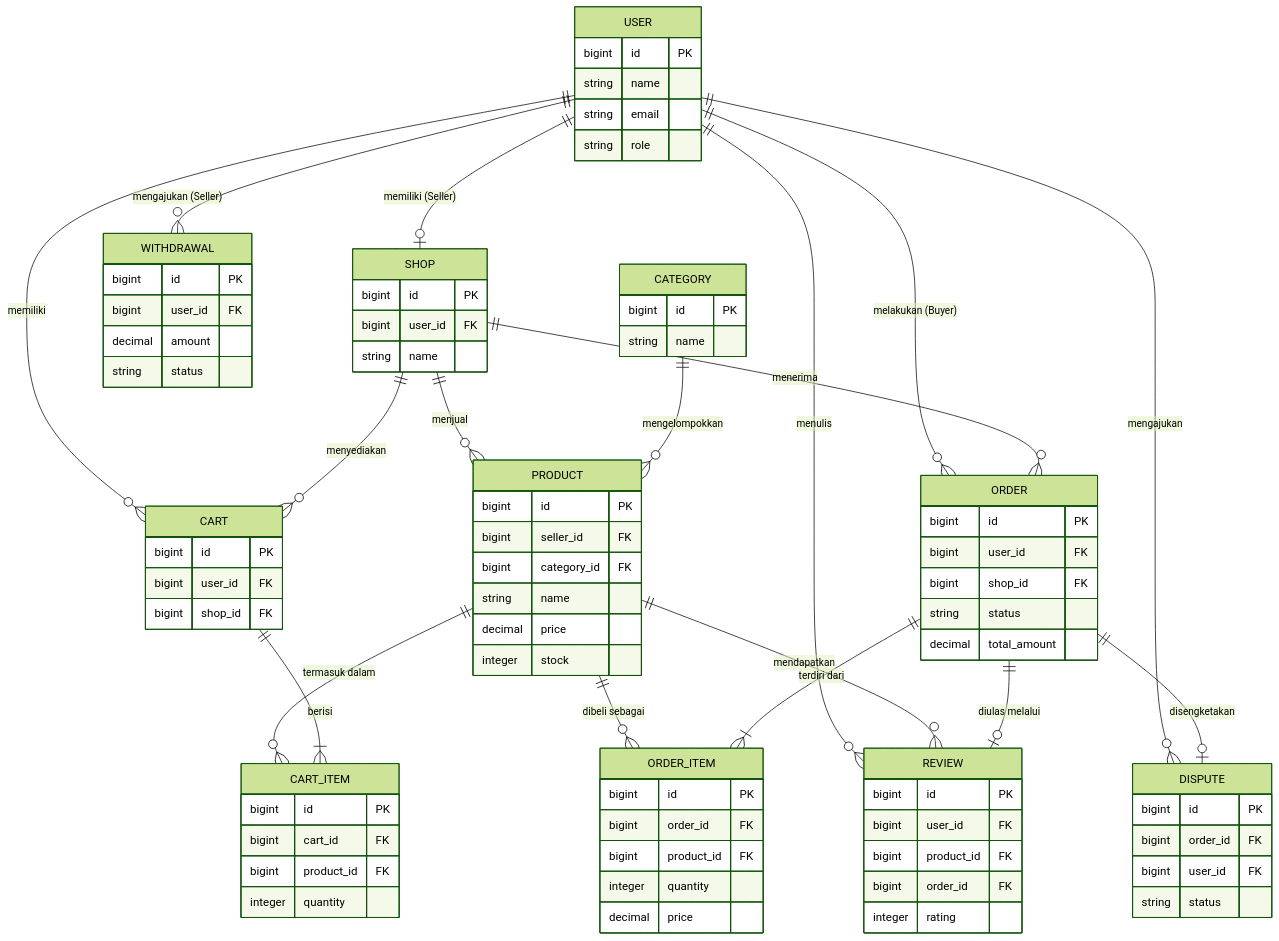
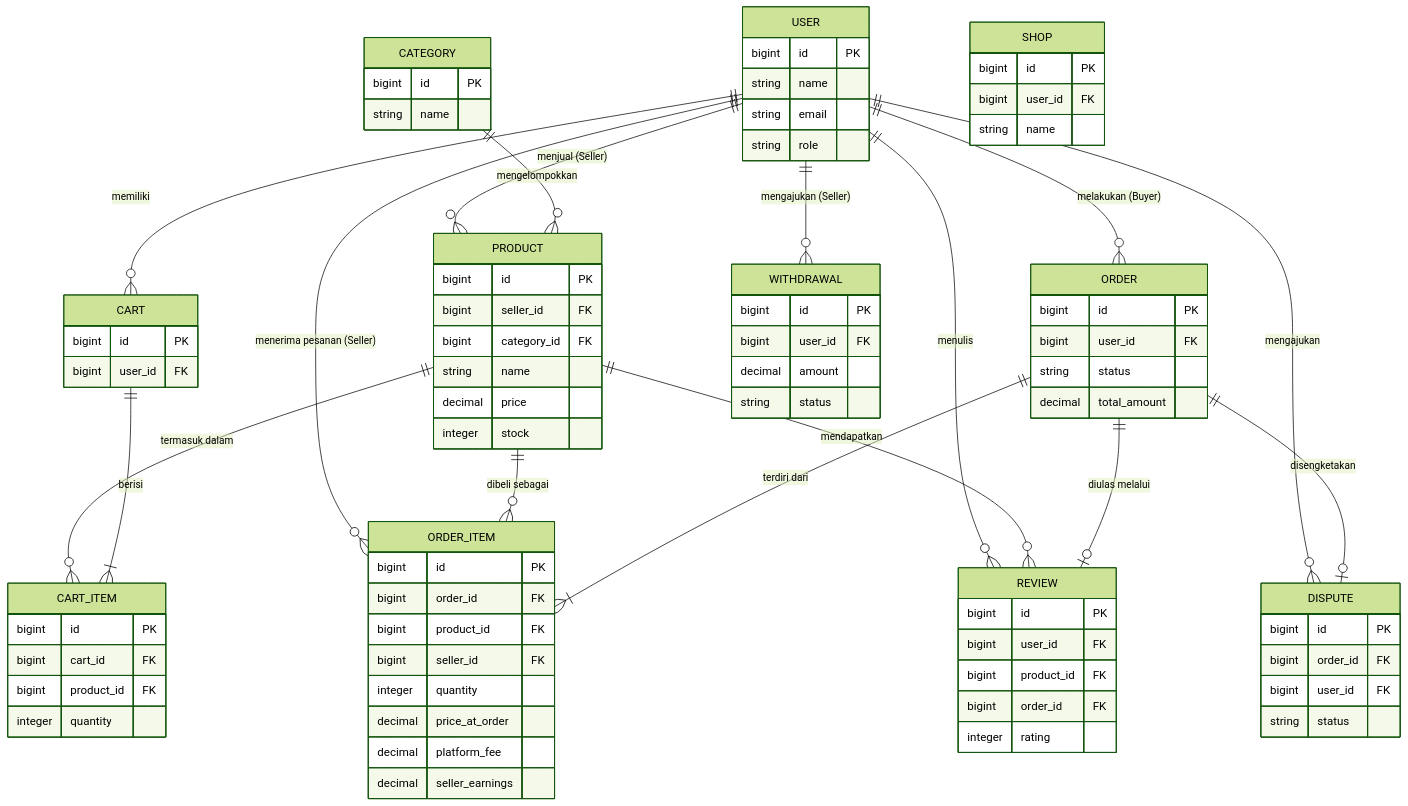
Before and after one commit to Rizkan25/Simple-E-Commerce-Platform: the diagram in README.md, drawn with Mermaid (forest theme). The commit also changed other lines of this file and 68 other files, not shown here.

````diff
--- a/README.md
+++ b/README.md
@@ -172,15 +187,12 @@
 ```mermaid
 erDiagram
-    USER ||--o| SHOP : "memiliki (Seller)"
+    USER ||--o{ PRODUCT : "menjual (Seller)"
     USER ||--o{ ORDER : "melakukan (Buyer)"
+    USER ||--o{ ORDER_ITEM : "menerima pesanan (Seller)"
     USER ||--o{ CART : "memiliki"
     USER ||--o{ REVIEW : "menulis"
     USER ||--o{ DISPUTE : "mengajukan"
     USER ||--o{ WITHDRAWAL : "mengajukan (Seller)"
-    
-    SHOP ||--o{ PRODUCT : "menjual"
-    SHOP ||--o{ ORDER : "menerima"
-    SHOP ||--o{ CART : "menyediakan"
     
     CATEGORY ||--o{ PRODUCT : "mengelompokkan"
     
@@ -220,7 +232,6 @@
     CART {
         bigint id PK
         bigint user_id FK
-        bigint shop_id FK
     }
     CART_ITEM {
         bigint id PK
@@ -231,7 +242,6 @@
     ORDER {
         bigint id PK
         bigint user_id FK
-        bigint shop_id FK
         string status
         decimal total_amount
     }
@@ -239,8 +249,11 @@
         bigint id PK
         bigint order_id FK
         bigint product_id FK
+        bigint seller_id FK
         integer quantity
-        decimal price
+        decimal price_at_order
+        decimal platform_fee
+        decimal seller_earnings
     }
     REVIEW {
         bigint id PK
````
